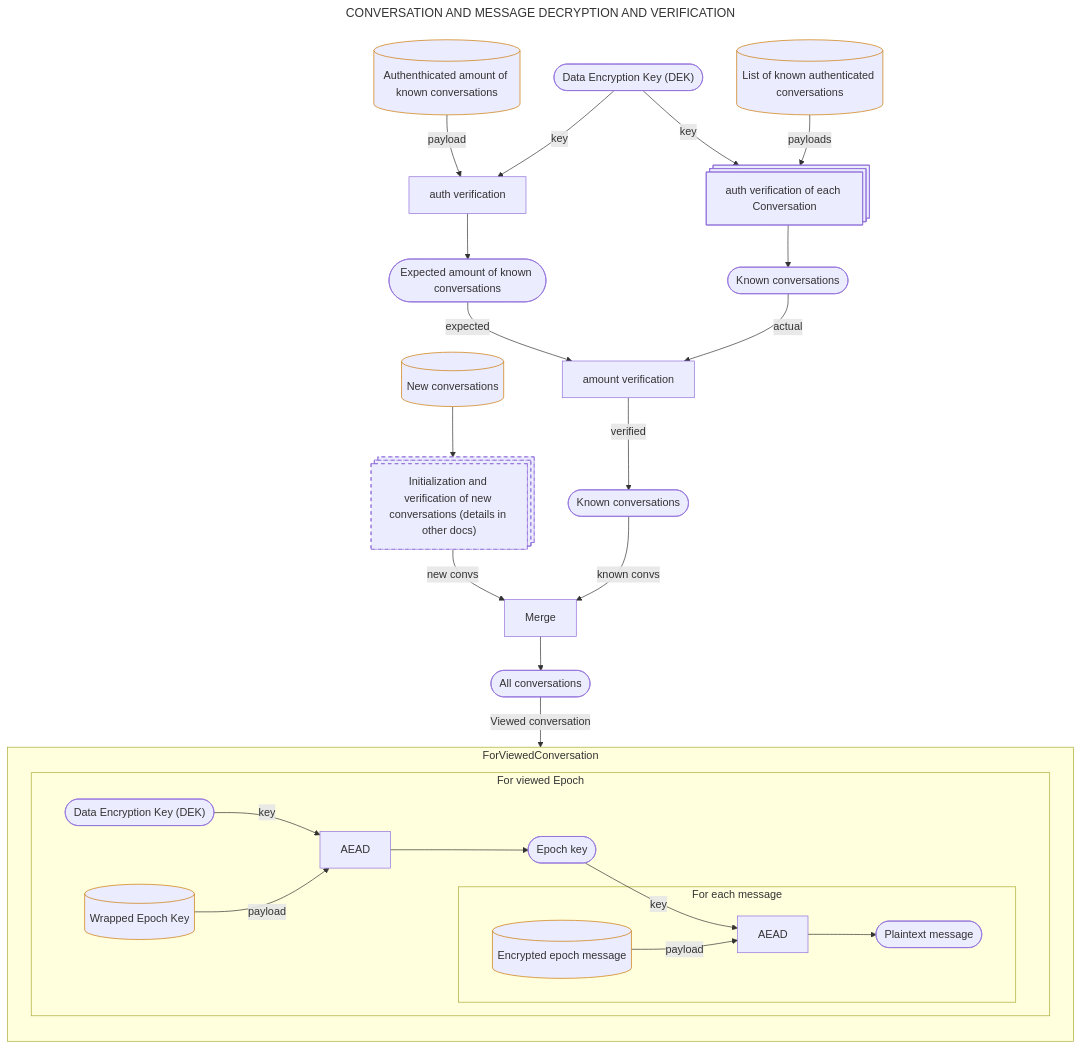
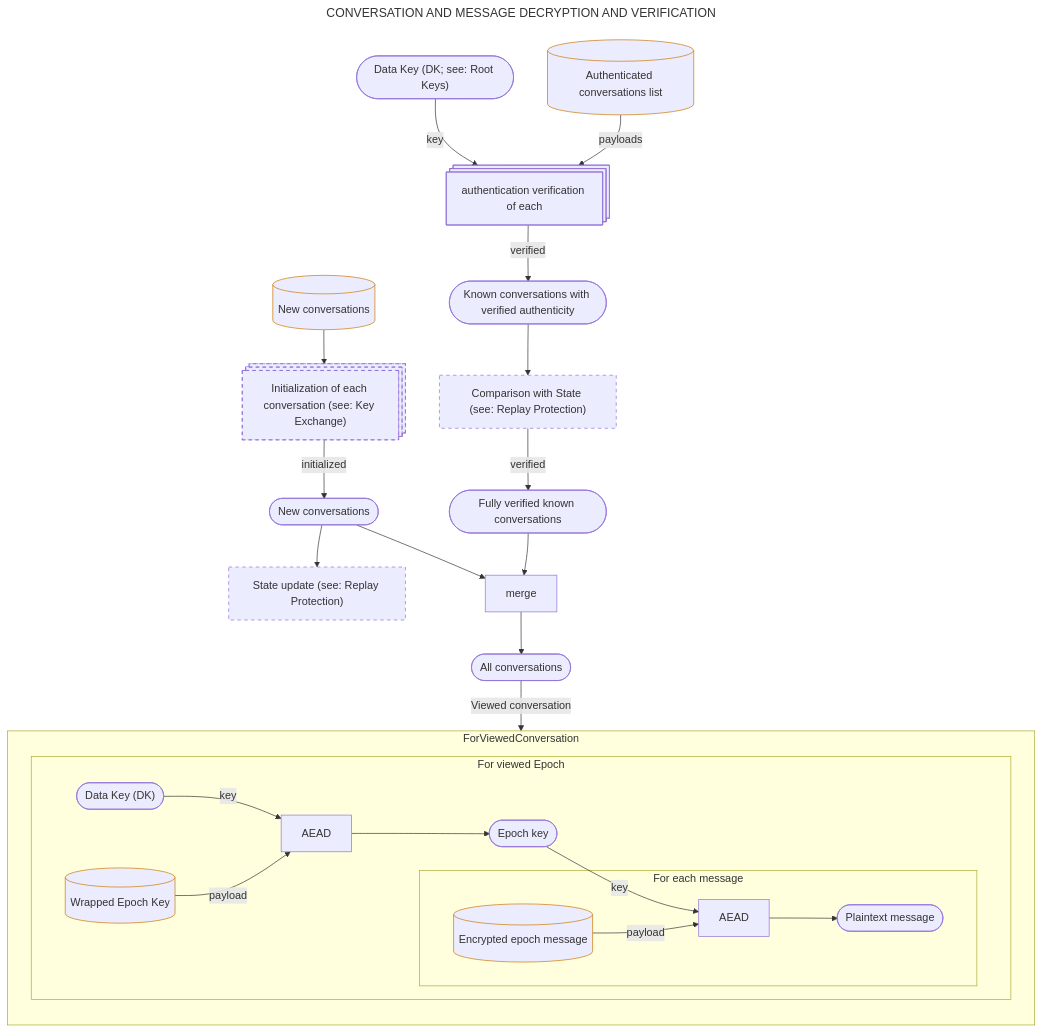
Before and after one commit to noIdeaForTheUsername/chat: the diagram in crypto-protocol/conversations-and-messages.mmd, drawn with Mermaid. The commit also changed 3 other files, not shown here.

Commit message:
diagrams changes: better replay protection

```diff
--- a/crypto-protocol/conversations-and-messages.mmd
+++ b/crypto-protocol/conversations-and-messages.mmd
@@ -1,56 +1,81 @@
 ---
 title: CONVERSATION AND MESSAGE DECRYPTION AND VERIFICATION
 ---
 %% Made in Mermaid (https://mermaid.live)
 %% ORANGE border means server-side storage and WHITE border means client-only access (the diagrams broke when they were split into 2 subgraphs)
 flowchart TB
   classDef dashed stroke-dasharray: 5 5
   classDef serverStored stroke:#C70
 
-  dek1(["Data Encryption Key (DEK)"])
+  dk(["Data Key (DK; see: Root Keys)"])
 
-  authedConvsAmount[("Authenthicated amount of known conversations")] -->|payload| convsAmountAuth
-  class authedConvsAmount serverStored
-  dek1 -->|key| convsAmountAuth["auth verification"]
-  convsAmountAuth --> knownConvsAmount(["Expected amount of known conversations"])
+  %% Known conversations
+  authedKnownConvs[("Authenticated conversations list")]
+  class authedKnownConvs serverStored
+  dk -->|key| knownConvsAuthVerif@{shape: processes, label: "authentication verification of each"}
+  authedKnownConvs -->|payloads| knownConvsAuthVerif
+  knownConvsAuthVerif -->|verified| halfVerifiedKnownConvs(["Known conversations with verified authenticity"])
+  halfVerifiedKnownConvs --> knownConvsStateVerif["Comparison with State (see: Replay Protection)"]
+  class knownConvsStateVerif dashed
+  knownConvsStateVerif -->|verified| knownConvs(["Fully verified known conversations"])
 
-  dek1 -->|key| knownConvsAuth@{ shape: processes, label: "auth verification of each Conversation" }
-  authedConvs[("List of known authenticated conversations")] -->|payloads| knownConvsAuth
-  class authedConvs serverStored
-  knownConvsAuth --> knownConvs(["Known conversations"])
+  %% New conversations
+  newConvs[("New conversations")] --> newConvsInit@{shape: processes, label: "Initialization of each conversation (see: Key Exchange)"}
+  class newConvs serverStored
+  class newConvsInit dashed
+  newConvsInit -->|initialized| initializedNewConvs(["New conversations"])
+  initializedNewConvs --> updateState["State update (see: Replay Protection)"]
+  class updateState dashed
 
-  knownConvsAmount -->|expected| amountCompare["amount verification"]
-  knownConvs -->|actual| amountCompare
-  amountCompare -->|verified| verifiedKnownConvs(["Known conversations"])
+  initializedNewConvs --> mergeConvs["merge"]
+  knownConvs --> mergeConvs
+  
+  mergeConvs --> allConvs(["All conversations"])
+  allConvs -->|Viewed conversation| ForViewedConversation
 
-  newConversations[("New conversations")] --> initNewConvs@{shape: processes, label: "Initialization and verification of new conversations (details in other docs)"}
-  class newConversations serverStored
-  class initNewConvs dashed
-  initNewConvs -->|new convs| mergeConvs["Merge"]
-  verifiedKnownConvs -->|known convs| mergeConvs
-  mergeConvs --> allConvs(["All conversations"])
 
-  allConvs -->|Viewed conversation| ForViewedConversation
+  %% authedConvsAmount[("Authenthicated amount of known conversations")] -->|payload| convsAmountAuth
+  %% class authedConvsAmount serverStored
+  %% dek1 -->|key| convsAmountAuth["auth verification"]
+  %% convsAmountAuth --> knownConvsAmount(["Expected amount of known conversations"])
+
+  %% dek1 -->|key| knownConvsAuth@{ shape: processes, label: "auth verification of each Conversation" }
+  %% authedConvs[("List of known authenticated conversations")] -->|payloads| knownConvsAuth
+  %% class authedConvs serverStored
+  %% knownConvsAuth --> knownConvs(["Known conversations"])
+
+  %% knownConvsAmount -->|expected| amountCompare["amount verification"]
+  %% knownConvs -->|actual| amountCompare
+  %% amountCompare -->|verified| verifiedKnownConvs(["Known conversations"])
+
+  %% newConversations[("New conversations")] --> initNewConvs@{shape: processes, label: "Initialization and verification of new conversations (details in other docs)"}
+  %% class newConversations serverStored
+  %% class initNewConvs dashed
+  %% initNewConvs -->|new convs| mergeConvs["Merge"]
+  %% verifiedKnownConvs -->|known convs| mergeConvs
+  %% mergeConvs --> allConvs(["All conversations"])
+
+  %% allConvs -->|Viewed conversation| ForViewedConversation
   
   %%convListAuth -->|verified| convList("`
   %% User conversations state list. Authenthicated part includes:
   %%  - conversationId
   %%  - epoch amount
   %%  - latest seen message number`")
   
   subgraph ForViewedConversation
     direction TB
     
     subgraph "For viewed Epoch"
-      dek2(["Data Encryption Key (DEK)"]) -->|key| epochKeyAead["AEAD"]
+      dk2(["Data Key (DK)"]) -->|key| epochKeyAead["AEAD"]
       wrappedEpochKey[("Wrapped Epoch Key")] -->|payload| epochKeyAead
       class wrappedEpochKey serverStored
       epochKeyAead --> epochKey(["Epoch key"])
       epochKey -->|key| msgAead["AEAD"]
       subgraph "For each message"
         encMsg[("Encrypted epoch message")] -->|payload| msgAead
         class encMsg serverStored
         msgAead --> plainMsg(["Plaintext message"])
       end
     end
   end
```
